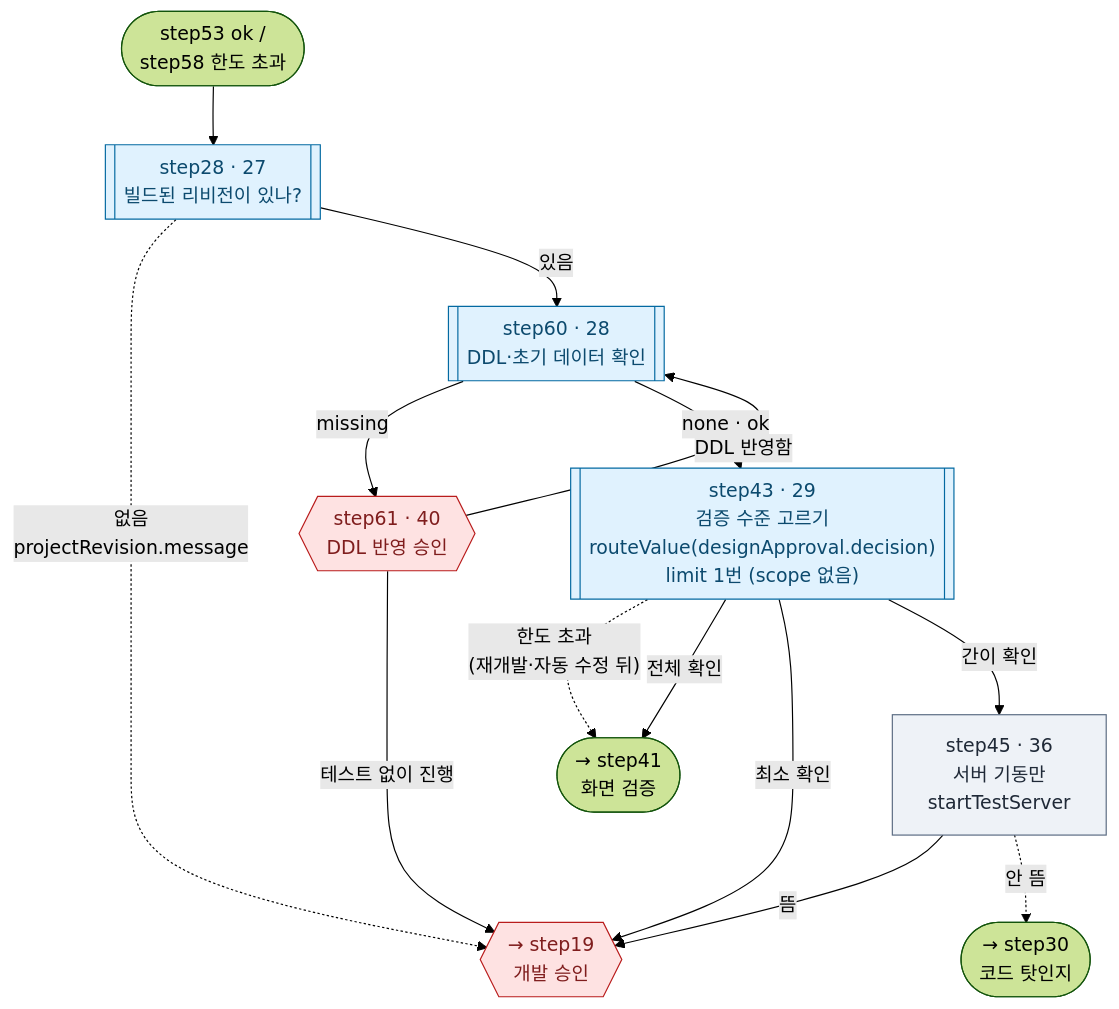
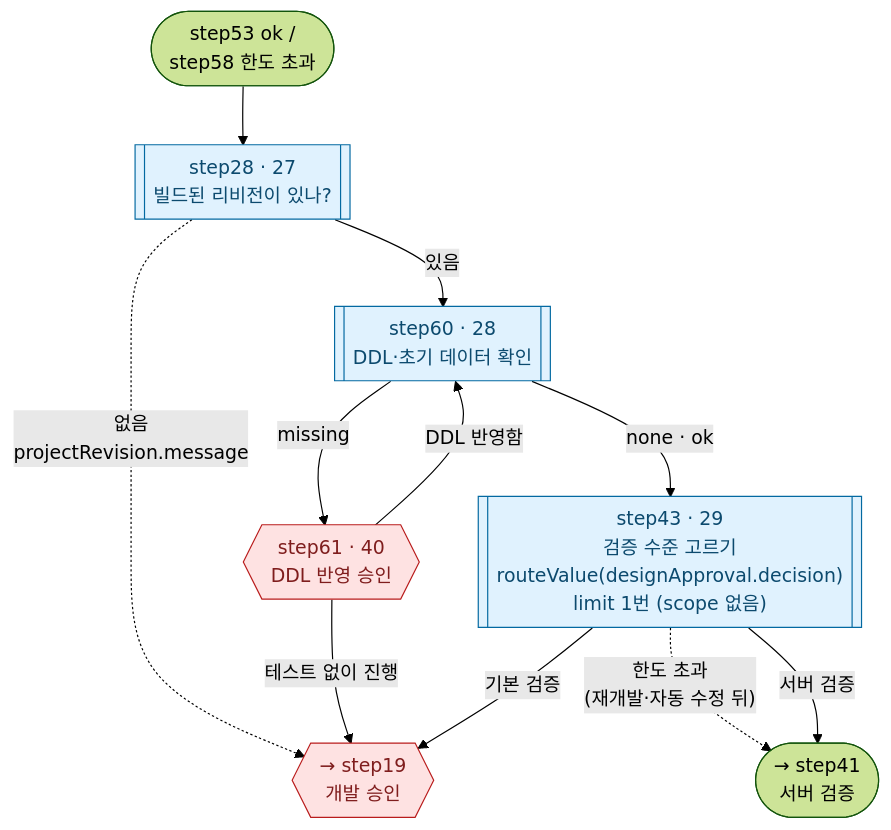
Before and after one commit to YongSoekChoeng/dstone: diagram 14 of 24 in docs/09.dstone-ai-engine-sm-workflow.md, drawn with Mermaid (forest theme). The commit also changed other lines of this file and 10 other files, not shown here.

````diff
--- a/docs/09.dstone-ai-engine-sm-workflow.md
+++ b/docs/09.dstone-ai-engine-sm-workflow.md
@@ -1060,20 +1055,17 @@
 ```mermaid
 flowchart TD
     IN(["step53 ok /<br/>step58 한도 초과"]) --> step28[["step28 · 27<br/>빌드된 리비전이 있나?"]]:::route
     step28 -.->|"없음<br/>projectRevision.message"| step19{{"→ step19<br/>개발 승인"}}:::appr
     step28 -->|있음| step60[["step60 · 28<br/>DDL·초기 데이터 확인"]]:::route
     step60 -->|missing| step61{{"step61 · 40<br/>DDL 반영 승인"}}:::appr
     step61 -->|DDL 반영함| step60
     step61 -->|테스트 없이 진행| step19
     step60 -->|"none · ok"| step43[["step43 · 29<br/>검증 수준 고르기<br/>routeValue(designApproval.decision)<br/>limit 1번 (scope 없음)"]]:::route
-    step43 -.->|"한도 초과<br/>(재개발·자동 수정 뒤)"| FULL(["→ step41<br/>화면 검증"])
-    step43 -->|"전체 확인"| FULL
-    step43 -->|"최소 확인"| step19
-    step43 -->|"간이 확인"| step45["step45 · 36<br/>서버 기동만<br/>startTestServer"]:::tool
-    step45 -->|뜸| step19
-    step45 -.->|"안 뜸"| step30(["→ step30<br/>코드 탓인지"])
+    step43 -.->|"한도 초과<br/>(재개발·자동 수정 뒤)"| FULL(["→ step41<br/>서버 검증"])
+    step43 -->|"서버 검증"| FULL
+    step43 -->|"기본 검증"| step19
 
     classDef tool fill:#eef2f7,stroke:#5b6b82,color:#1f2937
     classDef route fill:#e0f2fe,stroke:#0369a1,color:#0c4a6e
     classDef appr fill:#fee2e2,stroke:#b91c1c,color:#7f1d1d
 ```
````
